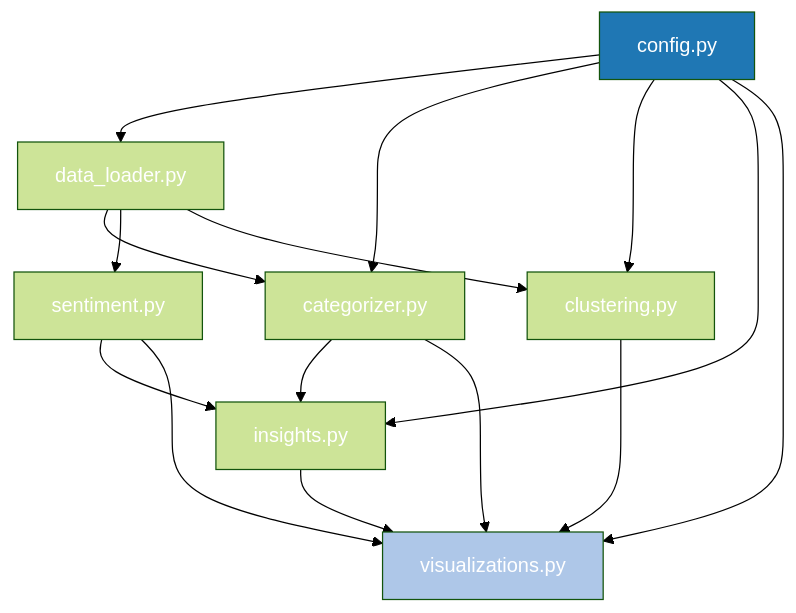
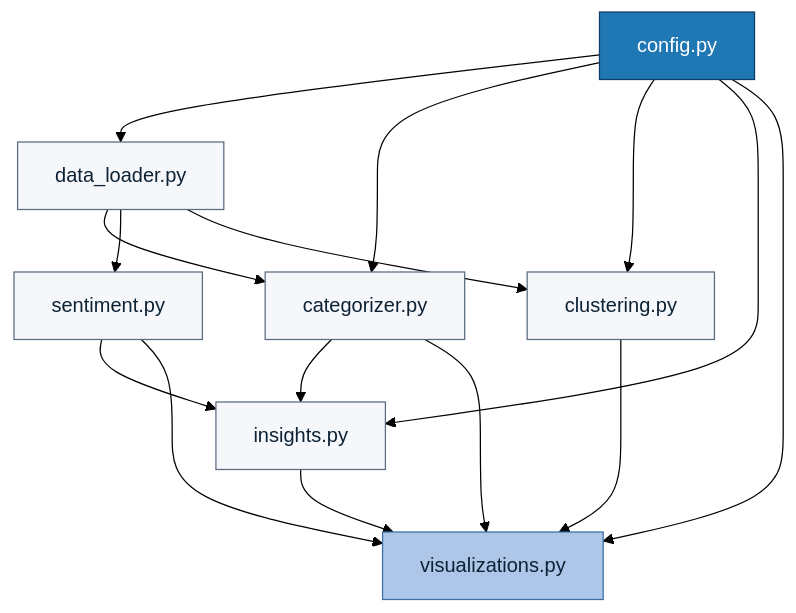
Before and after one commit to r2st/rubrik: the second of 13 diagrams in docs/ARCHITECTURE.md, drawn with Mermaid (forest theme). The commit also changed 1 other file, not shown here.

Commit message:
Docs: improve Module dependencies diagram contrast
Explicit text colors on every node class so labels render legibly in
both light and dark Mermaid themes — the previously unstyled mid-tier
nodes inherited theme defaults that washed out on some renderers.

````diff
--- a/docs/ARCHITECTURE.md
+++ b/docs/ARCHITECTURE.md
@@ -77,33 +77,35 @@
 ```mermaid
 graph TD
     config[config.py]
     loader[data_loader.py]
     cat[categorizer.py]
     sent[sentiment.py]
     clust[clustering.py]
     ins[insights.py]
     viz[visualizations.py]
 
     config --> loader
     config --> cat
     config --> clust
     config --> ins
     config --> viz
 
     loader --> cat
     loader --> sent
     loader --> clust
 
     cat --> ins
     sent --> ins
 
     cat --> viz
     sent --> viz
     clust --> viz
     ins --> viz
 
-    classDef root fill:#1f77b4,color:#fff
-    classDef leaf fill:#aec7e8
+    classDef root fill:#1f77b4,stroke:#0d3d66,color:#ffffff
+    classDef leaf fill:#aec7e8,stroke:#3a6ea5,color:#0d2235
+    classDef mid fill:#f5f7fa,stroke:#5a6b80,color:#0d2235
     class config root
     class viz leaf
+    class loader,cat,sent,clust,ins mid
 ```
````
